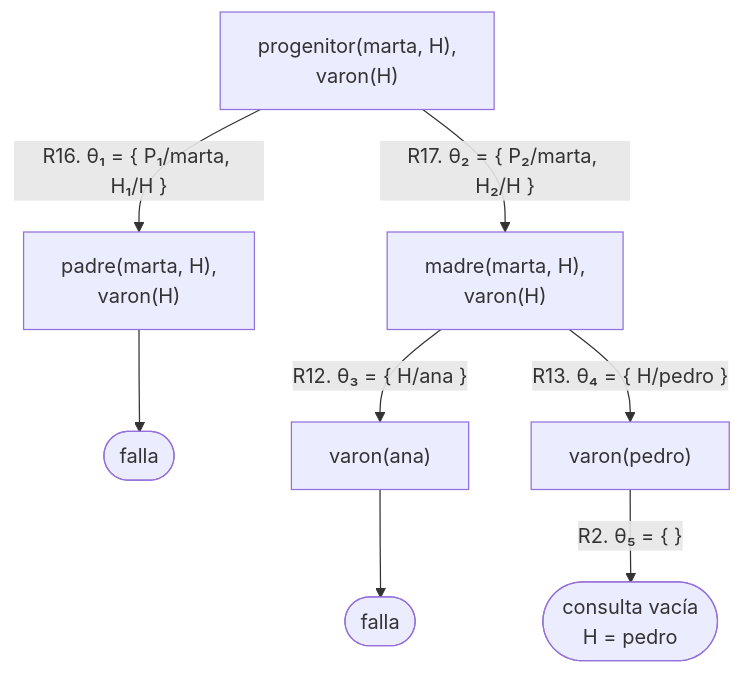
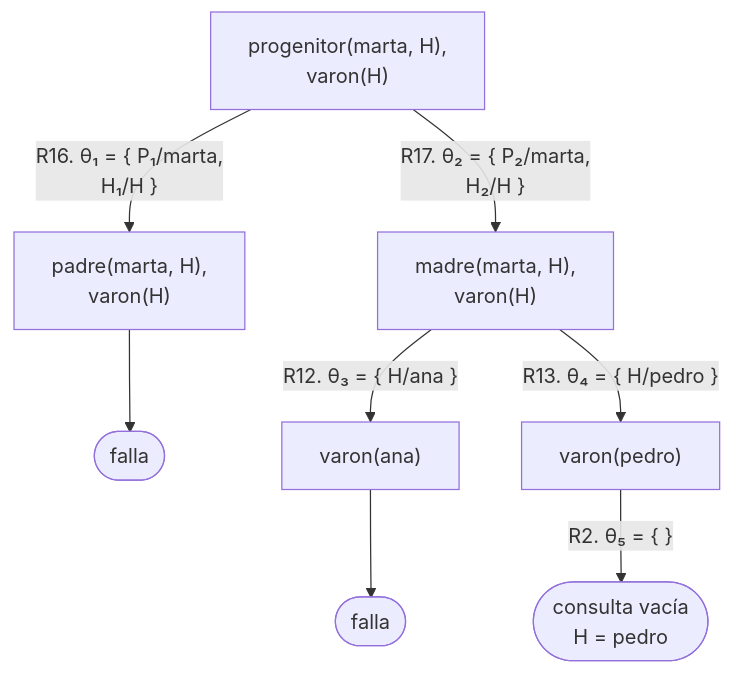
One commit to CesarBallardini/curso-de-prolog changed the sixth of 6 diagrams in docs/capitulo-03-reglas-y-conjunciones/soluciones.md. Above: the diagram before and after it, drawn with Mermaid. The commit also changed other lines of this file and 24 other files, not shown here.

First line of the commit message:
feat(docs): botones para ocultar las columnas laterales y etiquetas cortas en los diagramas

````diff
--- a/docs/capitulo-03-reglas-y-conjunciones/soluciones.md
+++ b/docs/capitulo-03-reglas-y-conjunciones/soluciones.md
@@ -382,10 +382,10 @@
 ```mermaid
 flowchart TD
-    A["progenitor(marta, H),<br/>varon(H)"] -- "R16. θ₁ = {&nbsp;P₁/marta, H₁/H&nbsp;}" --> B["padre(marta, H),<br/>varon(H)"]
-    A -- "R17. θ₂ = {&nbsp;P₂/marta, H₂/H&nbsp;}" --> C["madre(marta, H),<br/>varon(H)"]
+    A["progenitor(marta, H),<br/>varon(H)"] -- "R16. θ₁ = {&nbsp;P₁/marta,<br/>H₁/H&nbsp;}" --> B["padre(marta, H),<br/>varon(H)"]
+    A -- "R17. θ₂ = {&nbsp;P₂/marta,<br/>H₂/H&nbsp;}" --> C["madre(marta, H),<br/>varon(H)"]
     B --> F1(["falla"])
     C -- "R12. θ₃ = {&nbsp;H/ana&nbsp;}" --> D["varon(ana)"]
     C -- "R13. θ₄ = {&nbsp;H/pedro&nbsp;}" --> E["varon(pedro)"]
     D --> F2(["falla"])
     E -- "R2. θ₅ = {&nbsp;}" --> S(["consulta vacía<br/>H = pedro"])
 ```
````
